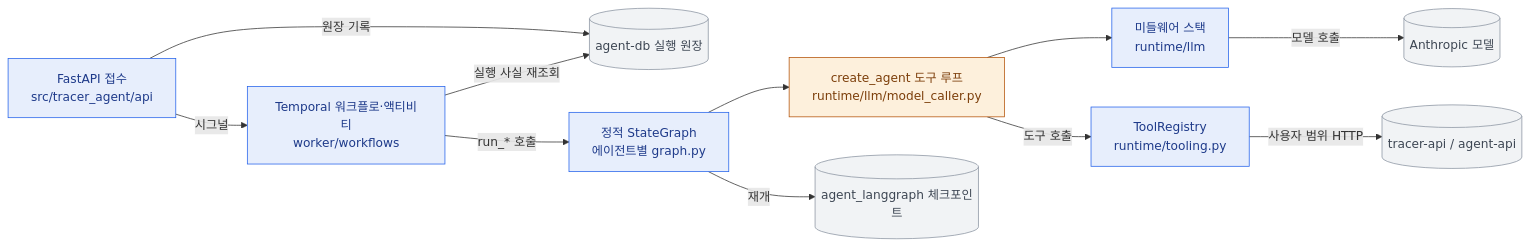
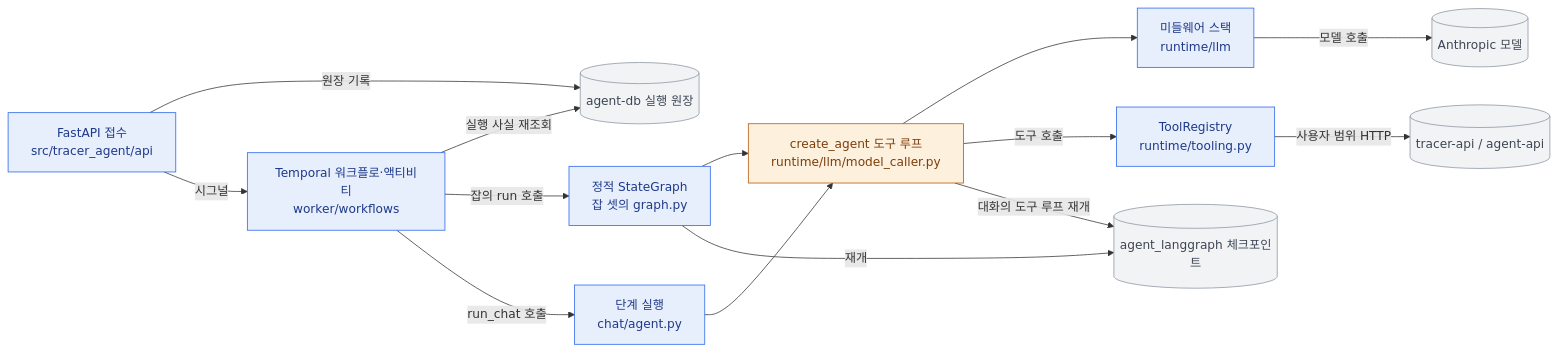
One commit to agent-tracer/tracer-agent-python changed the first of 13 diagrams in ARCHITECTURE.md. Above: the diagram before and after it, drawn with Mermaid. The commit also changed other lines of this file and 3 other files, not shown here.

````diff
--- a/ARCHITECTURE.md
+++ b/ARCHITECTURE.md
@@ -29,25 +29,30 @@
 ```mermaid
 flowchart LR
     classDef llm fill:#FDF0DC,stroke:#B45309,color:#7C3E0A
     classDef code fill:#E7EEFC,stroke:#2563EB,color:#1E3A8A
     classDef ext fill:#F1F3F5,stroke:#8B95A1,color:#3D4653
 
     API["FastAPI 접수<br/>src/tracer_agent/api"]:::code
     LEDGER[("agent-db 실행 원장")]:::ext
     TW["Temporal 워크플로·액티비티<br/>worker/workflows"]:::code
-    OG["정적 StateGraph<br/>에이전트별 graph.py"]:::code
+    OG["정적 StateGraph<br/>잡 셋의 graph.py"]:::code
+    CS["단계 실행<br/>chat/agent.py"]:::code
     IA["create_agent 도구 루프<br/>runtime/llm/model_caller.py"]:::llm
     MW["미들웨어 스택<br/>runtime/llm"]:::code
     TOOLS["ToolRegistry<br/>runtime/tooling.py"]:::code
     MODEL[("Anthropic 모델")]:::ext
     EXT[("tracer-api / agent-api")]:::ext
     CKPT[("agent_langgraph 체크포인트")]:::ext
 
     API -- "원장 기록" --> LEDGER
     API -- "시그널" --> TW
     TW -- "실행 사실 재조회" --> LEDGER
-    TW -- "run_* 호출" --> OG
-    OG --> IA --> MW -- "모델 호출" --> MODEL
+    TW -- "잡의 run 호출" --> OG
+    TW -- "run_chat 호출" --> CS
+    OG --> IA
+    CS --> IA
+    IA --> MW -- "모델 호출" --> MODEL
     IA -- "도구 호출" --> TOOLS -- "사용자 범위 HTTP" --> EXT
     OG -- "재개" --> CKPT
+    IA -- "대화의 도구 루프 재개" --> CKPT
 ```
````
